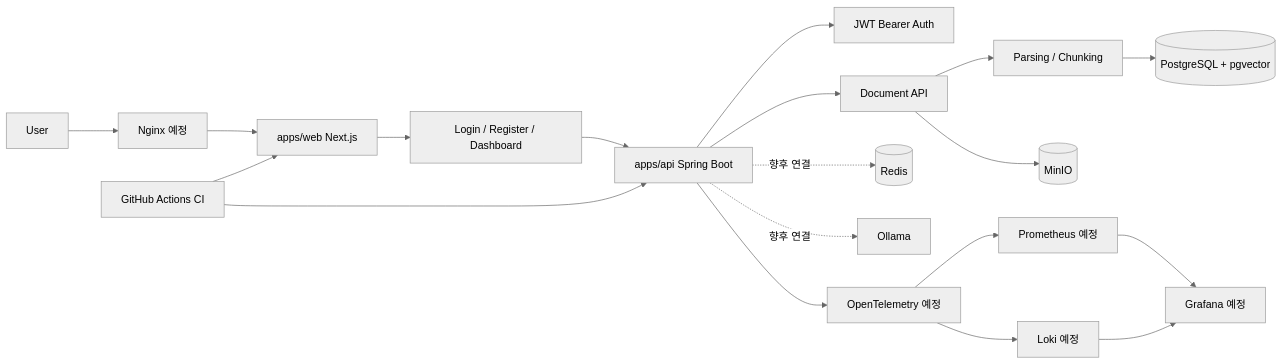
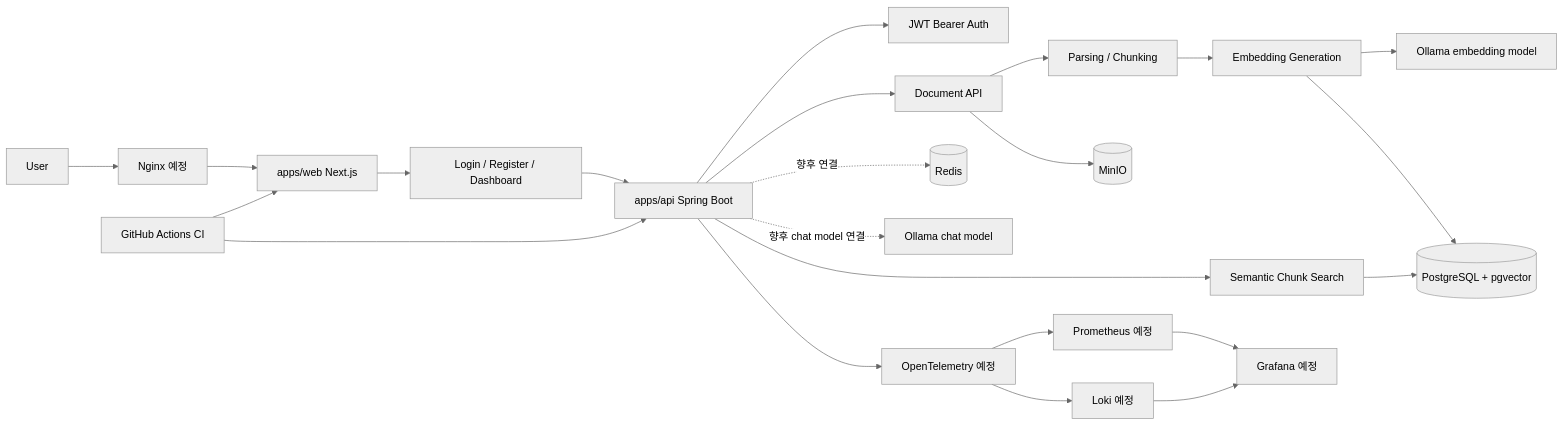
One commit to jhjung3072/assistops-free changed the diagram in docs/architecture.md. Above: the diagram before and after it, drawn with Mermaid (neutral theme). The commit also changed other lines of this file and 43 other files, not shown here.

````diff
--- a/docs/architecture.md
+++ b/docs/architecture.md
@@ -22,21 +24,25 @@
 ```mermaid
 flowchart LR
   user[User] --> nginx[Nginx 예정]
   nginx --> web[apps/web Next.js]
   web --> authUi[Login / Register / Dashboard]
   authUi --> api[apps/api Spring Boot]
   api --> auth[JWT Bearer Auth]
   api --> documents[Document API]
   documents --> parsing[Parsing / Chunking]
-  parsing --> postgres[(PostgreSQL + pgvector)]
+  parsing --> embedding[Embedding Generation]
+  embedding --> ollama[Ollama embedding model]
+  embedding --> postgres[(PostgreSQL + pgvector)]
+  api --> search[Semantic Chunk Search]
+  search --> postgres
   documents --> minio[(MinIO)]
   api -. 향후 연결 .-> redis[(Redis)]
-  api -. 향후 연결 .-> ollama[Ollama]
+  api -. 향후 chat model 연결 .-> ollamaChat[Ollama chat model]
   api --> otel[OpenTelemetry 예정]
   otel --> prometheus[Prometheus 예정]
   otel --> loki[Loki 예정]
   prometheus --> grafana[Grafana 예정]
   loki --> grafana
   github[GitHub Actions CI] --> web
   github --> api
 ```
````
